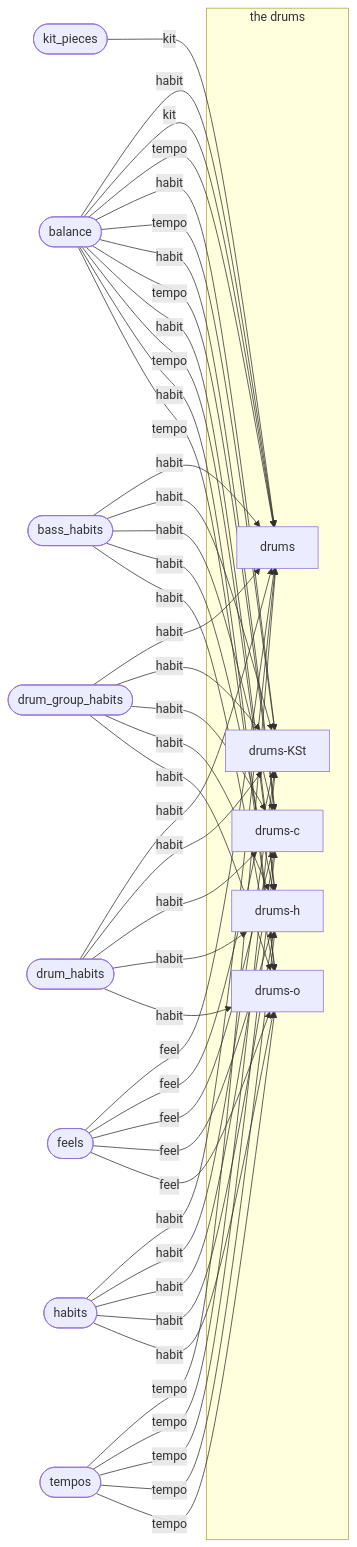
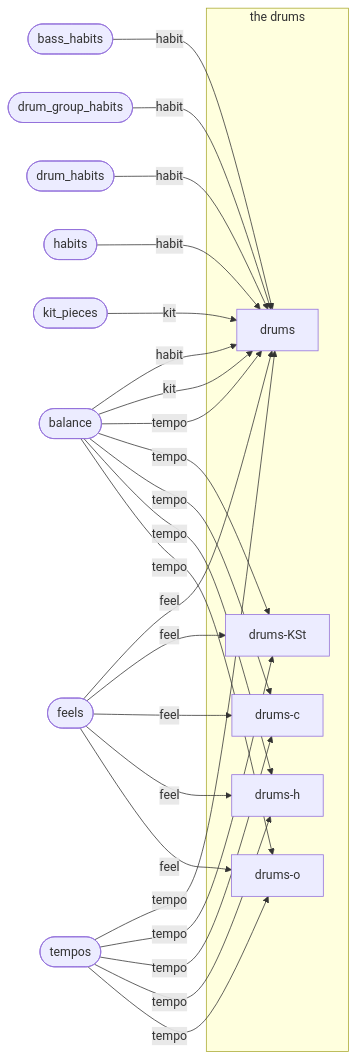
One commit to CatDogBark/bitComposer changed the fourth of 9 diagrams in docs/idiom/vocabulary-map.md. Above: the diagram before and after it, drawn with Mermaid. The commit also changed other lines of this file and 13 other files, not shown here.

````diff
--- a/docs/idiom/vocabulary-map.md
+++ b/docs/idiom/vocabulary-map.md
@@ -369,60 +369,40 @@
 ```mermaid
 flowchart LR
   balance(["balance"])
   bass_habits(["bass_habits"])
   drum_group_habits(["drum_group_habits"])
   drum_habits(["drum_habits"])
   feels(["feels"])
   habits(["habits"])
   kit_pieces(["kit_pieces"])
   tempos(["tempos"])
   subgraph stage_drums["the drums"]
     drums["drums"]
     drums_KSt["drums-KSt"]
     drums_h["drums-h"]
     drums_c["drums-c"]
     drums_o["drums-o"]
   end
   balance -- habit --> drums
   balance -- kit --> drums
   balance -- tempo --> drums
-  balance -- habit --> drums_KSt
   balance -- tempo --> drums_KSt
-  balance -- habit --> drums_c
   balance -- tempo --> drums_c
-  balance -- habit --> drums_h
   balance -- tempo --> drums_h
-  balance -- habit --> drums_o
   balance -- tempo --> drums_o
   bass_habits -- habit --> drums
-  bass_habits -- habit --> drums_KSt
-  bass_habits -- habit --> drums_c
-  bass_habits -- habit --> drums_h
-  bass_habits -- habit --> drums_o
   drum_group_habits -- habit --> drums
-  drum_group_habits -- habit --> drums_KSt
-  drum_group_habits -- habit --> drums_c
-  drum_group_habits -- habit --> drums_h
-  drum_group_habits -- habit --> drums_o
   drum_habits -- habit --> drums
-  drum_habits -- habit --> drums_KSt
-  drum_habits -- habit --> drums_c
-  drum_habits -- habit --> drums_h
-  drum_habits -- habit --> drums_o
   feels -- feel --> drums
   feels -- feel --> drums_KSt
   feels -- feel --> drums_c
   feels -- feel --> drums_h
   feels -- feel --> drums_o
   habits -- habit --> drums
-  habits -- habit --> drums_KSt
-  habits -- habit --> drums_c
-  habits -- habit --> drums_h
-  habits -- habit --> drums_o
   kit_pieces -- kit --> drums
   tempos -- tempo --> drums
   tempos -- tempo --> drums_KSt
   tempos -- tempo --> drums_c
   tempos -- tempo --> drums_h
   tempos -- tempo --> drums_o
 ```
````
